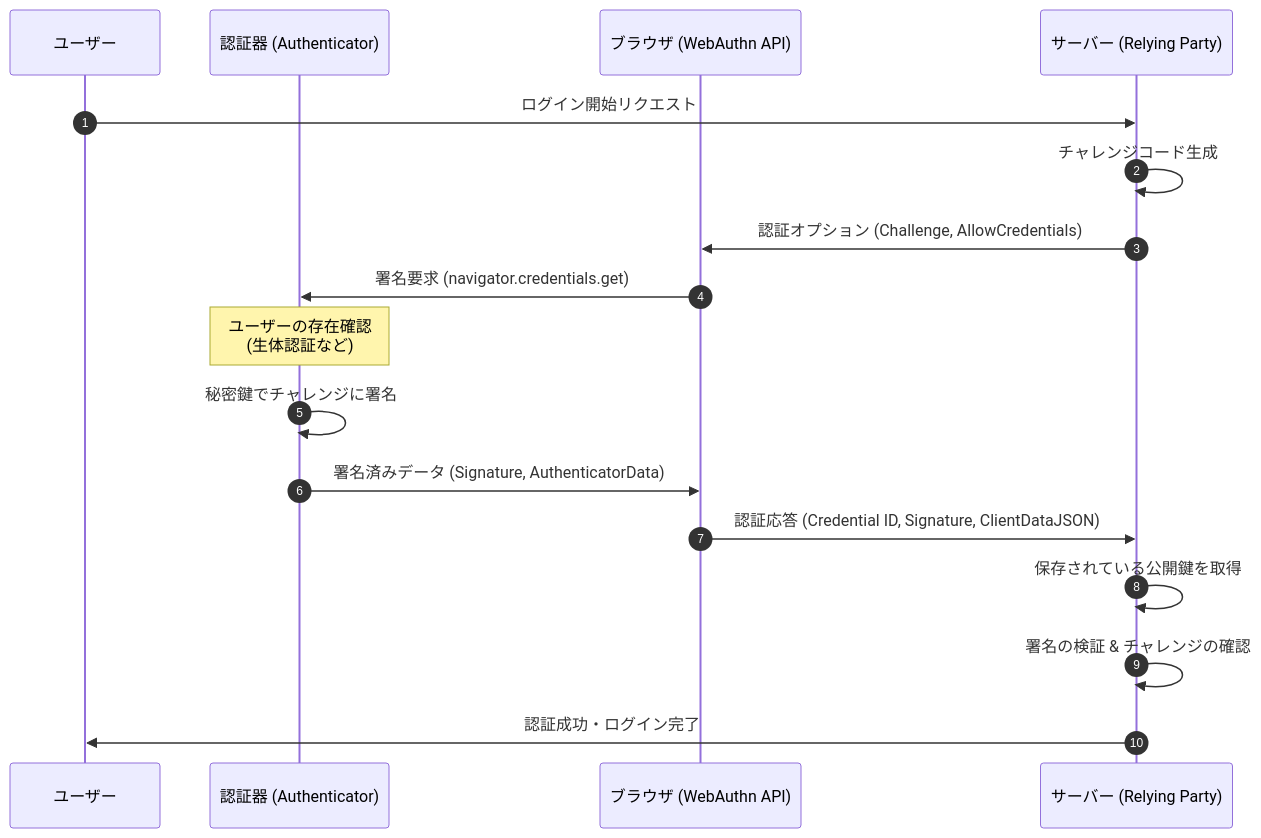
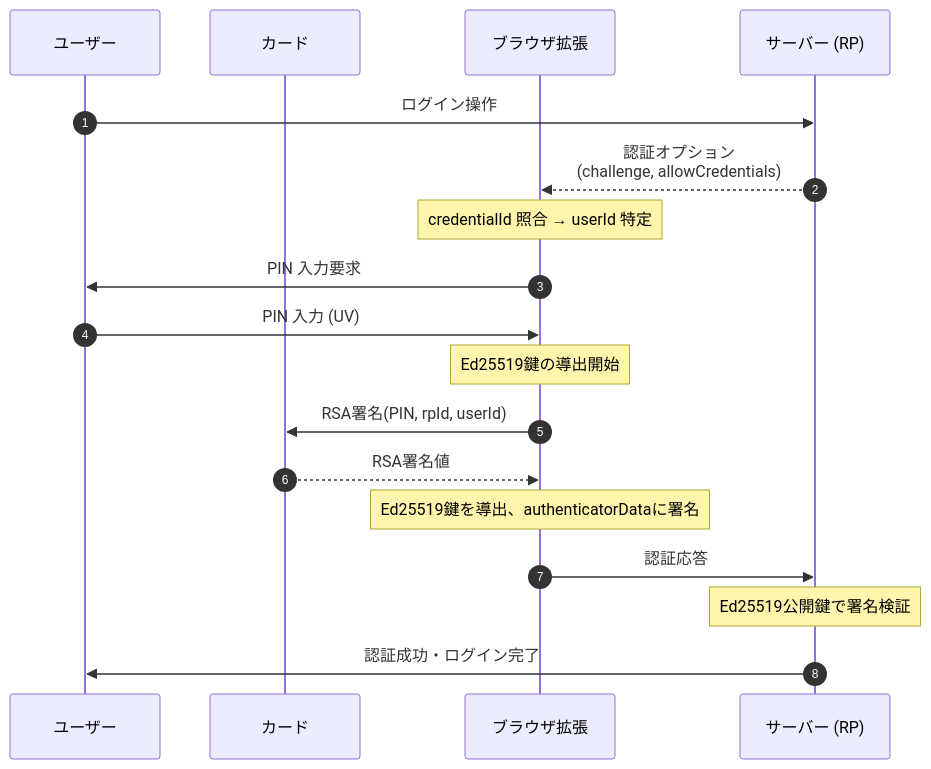
The diagram in fido/README.md (jpki/myna), drawn with Mermaid before and after one commit. The commit also changed other lines of this file, not shown here.

````diff
--- a/fido/README.md
+++ b/fido/README.md
@@ -15,22 +17,26 @@
 ```mermaid
 sequenceDiagram
     autonumber
     participant User as ユーザー
-    participant Auth as 認証器 (Authenticator)
-    participant Client as ブラウザ (WebAuthn API)
-    participant RP as サーバー (Relying Party)
+    participant Card as カード
+    participant Ext as ブラウザ拡張
+    participant RP as サーバー (RP)
 
-    User->>RP: ログイン開始リクエスト
-    RP->>RP: チャレンジコード生成
-    RP->>Client: 認証オプション (Challenge, AllowCredentials)
+    User->>RP: ログイン操作
+    RP-->>Ext: 認証オプション<br/>(challenge, allowCredentials)
+    Note over Ext: credentialId 照合 → userId 特定
 
-    Client->>Auth: 署名要求 (navigator.credentials.get)
-    Note over Auth: ユーザーの存在確認<br/>(生体認証など)
-    Auth->>Auth: 秘密鍵でチャレンジに署名
-    Auth->>Client: 署名済みデータ (Signature, AuthenticatorData)
+    Ext->>User: PIN 入力要求
+    User->>Ext: PIN 入力 (UV)
 
-    Client->>RP: 認証応答 (Credential ID, Signature, ClientDataJSON)
-    RP->>RP: 保存されている公開鍵を取得
-    RP->>RP: 署名の検証 & チャレンジの確認
+    Note over Ext: Ed25519鍵の導出開始
+
+    Ext->>Card: RSA署名(PIN, rpId, userId)
+    Card-->>Ext: RSA署名値
+
+    Note over Ext: Ed25519鍵を導出、authenticatorDataに署名
+
+    Ext->>RP: 認証応答
+    Note over RP: Ed25519公開鍵で署名検証
     RP->>User: 認証成功・ログイン完了
 ```
````
